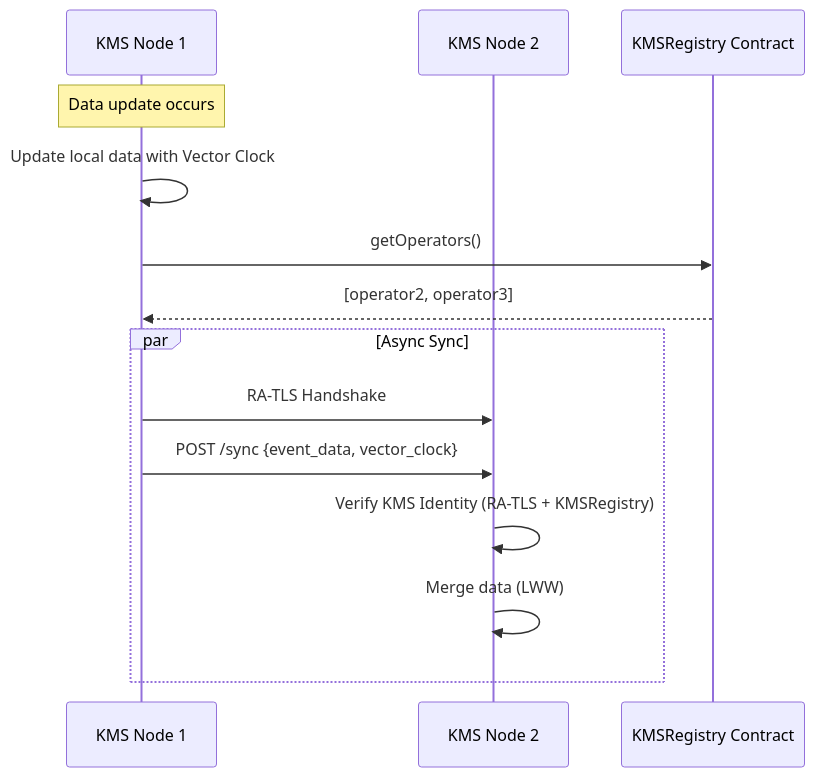
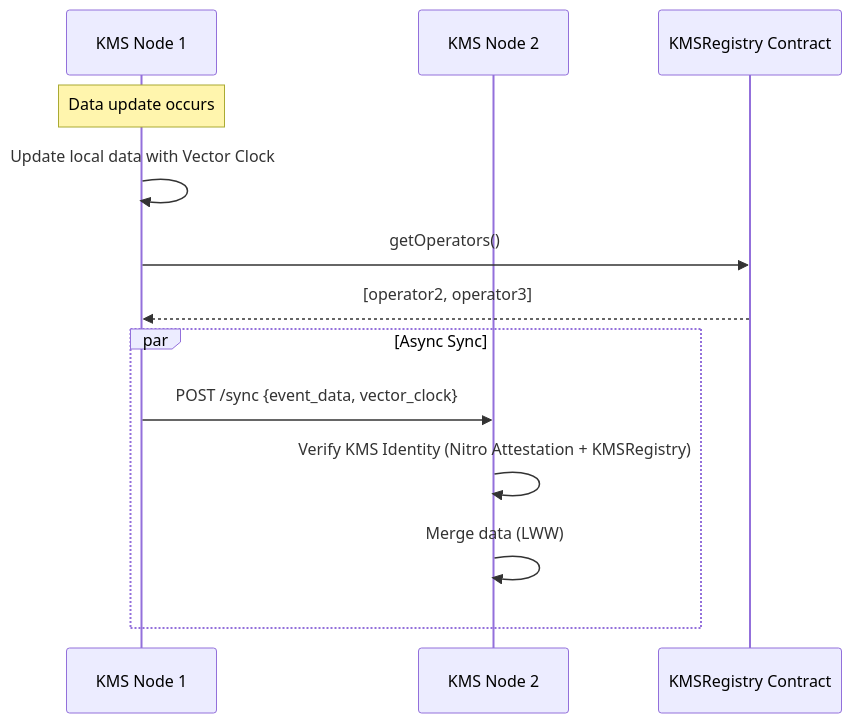
Before and after one commit to sparsity-xyz/nova-kms: the fourth of 4 diagrams in docs/architecture.md, drawn with Mermaid. The commit also changed other lines of this file and 13 other files, not shown here.

````diff
--- a/docs/architecture.md
+++ b/docs/architecture.md
@@ -327,19 +326,18 @@
 ```mermaid
 sequenceDiagram
     participant KMS1 as KMS Node 1
     participant KMS2 as KMS Node 2
     participant KC as KMSRegistry Contract
     
     Note over KMS1: Data update occurs
     KMS1->>KMS1: Update local data with Vector Clock
     
     KMS1->>KC: getOperators()
     KC-->>KMS1: [operator2, operator3]
     
     par Async Sync
-        KMS1->>KMS2: RA-TLS Handshake
         KMS1->>KMS2: POST /sync {event_data, vector_clock}
-        KMS2->>KMS2: Verify KMS Identity (RA-TLS + KMSRegistry)
+        KMS2->>KMS2: Verify KMS Identity (Nitro Attestation + KMSRegistry)
         KMS2->>KMS2: Merge data (LWW)
     end
 ```
````
